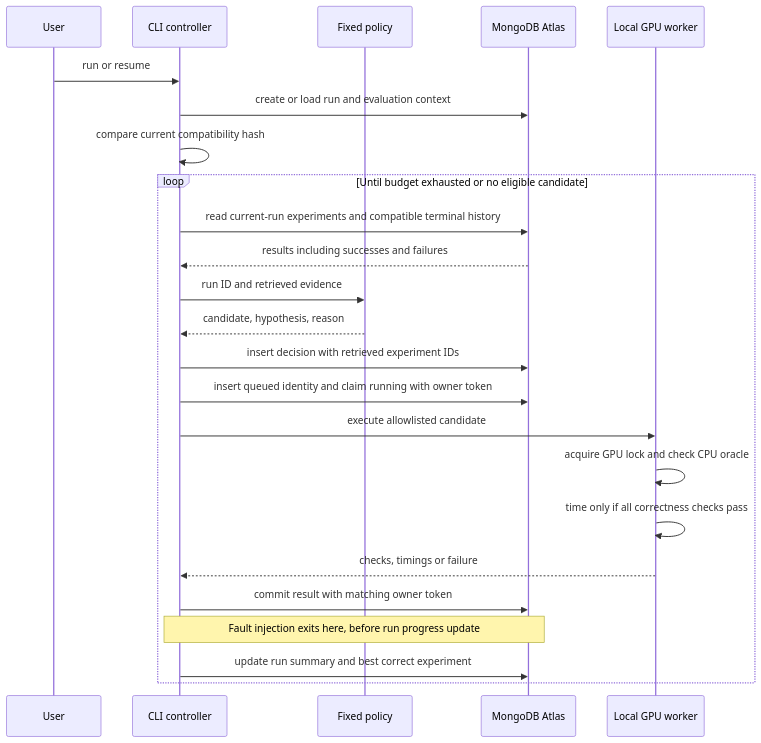
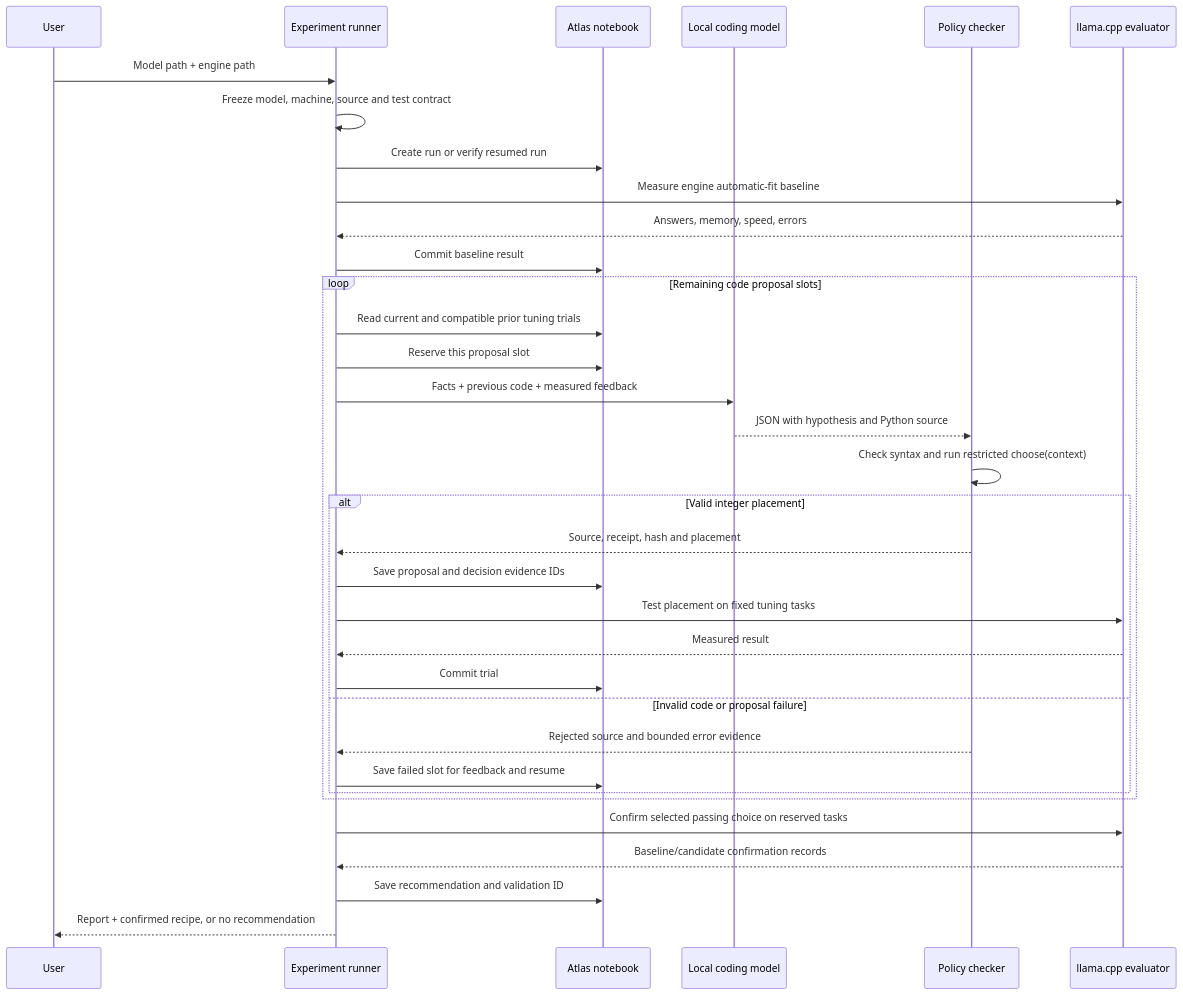
The second of 3 diagrams in ARCHITECTURE.md (casualcomputer/atlas-gpu-harness), drawn with Mermaid before and after one commit. The commit also changed other lines of this file and 28 other files, not shown here.

Commit message:
Build consumer MoE coding harness and publish measured 35B validation

````diff
--- a/ARCHITECTURE.md
+++ b/ARCHITECTURE.md
@@ -21,26 +51,36 @@
 ```mermaid
 sequenceDiagram
-    participant User
-    participant C as CLI controller
-    participant P as Fixed policy
-    participant A as MongoDB Atlas
-    participant W as Local GPU worker
-    User->>C: run or resume
-    C->>A: create or load run and evaluation context
-    C->>C: compare current compatibility hash
-    loop Until budget exhausted or no eligible candidate
-        C->>A: read current-run experiments and compatible terminal history
-        A-->>C: results including successes and failures
-        C->>P: run ID and retrieved evidence
-        P-->>C: candidate, hypothesis, reason
-        C->>A: insert decision with retrieved experiment IDs
-        C->>A: insert queued identity and claim running with owner token
-        C->>W: execute allowlisted candidate
-        W->>W: acquire GPU lock and check CPU oracle
-        W->>W: time only if all correctness checks pass
-        W-->>C: checks, timings or failure
-        C->>A: commit result with matching owner token
-        Note over C,A: Fault injection exits here, before run progress update
-        C->>A: update run summary and best correct experiment
+    participant U as User
+    participant R as Experiment runner
+    participant A as Atlas notebook
+    participant C as Local coding model
+    participant V as Policy checker
+    participant E as llama.cpp evaluator
+    U->>R: Model path + engine path
+    R->>R: Freeze model, machine, source and test contract
+    R->>A: Create run or verify resumed run
+    R->>E: Measure engine automatic-fit baseline
+    E-->>R: Answers, memory, speed, errors
+    R->>A: Commit baseline result
+    loop Remaining code proposal slots
+        R->>A: Read current and compatible prior tuning trials
+        R->>A: Reserve this proposal slot
+        R->>C: Facts + previous code + measured feedback
+        C-->>V: JSON with hypothesis and Python source
+        V->>V: Check syntax and run restricted choose(context)
+        alt Valid integer placement
+            V-->>R: Source, receipt, hash and placement
+            R->>A: Save proposal and decision evidence IDs
+            R->>E: Test placement on fixed tuning tasks
+            E-->>R: Measured result
+            R->>A: Commit trial
+        else Invalid code or proposal failure
+            V-->>R: Rejected source and bounded error evidence
+            R->>A: Save failed slot for feedback and resume
+        end
     end
+    R->>E: Confirm selected passing choice on reserved tasks
+    E-->>R: Baseline/candidate confirmation records
+    R->>A: Save recommendation and validation ID
+    R-->>U: Report + confirmed recipe, or no recommendation
 ```
````
